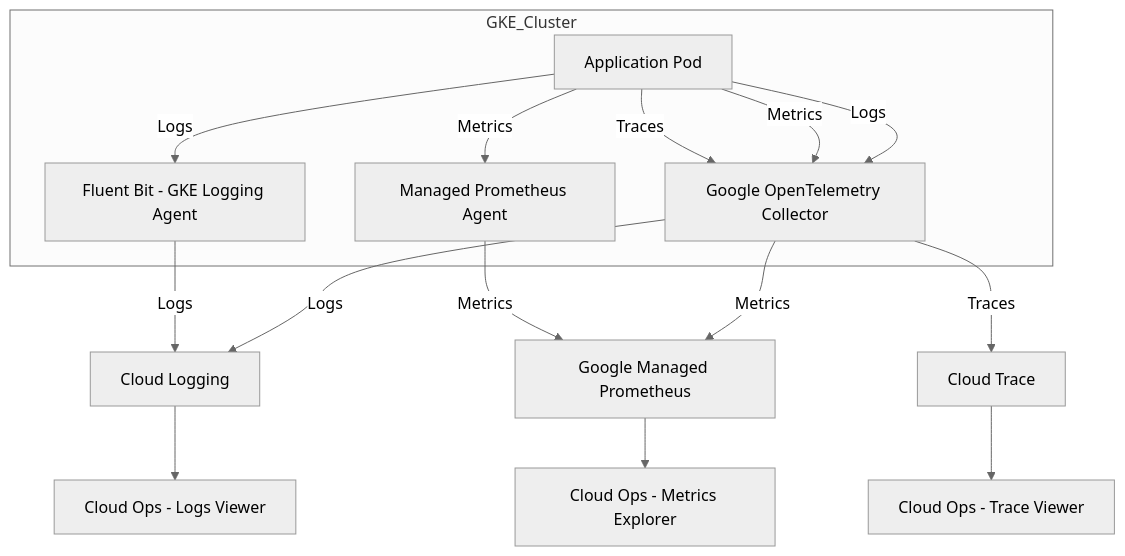
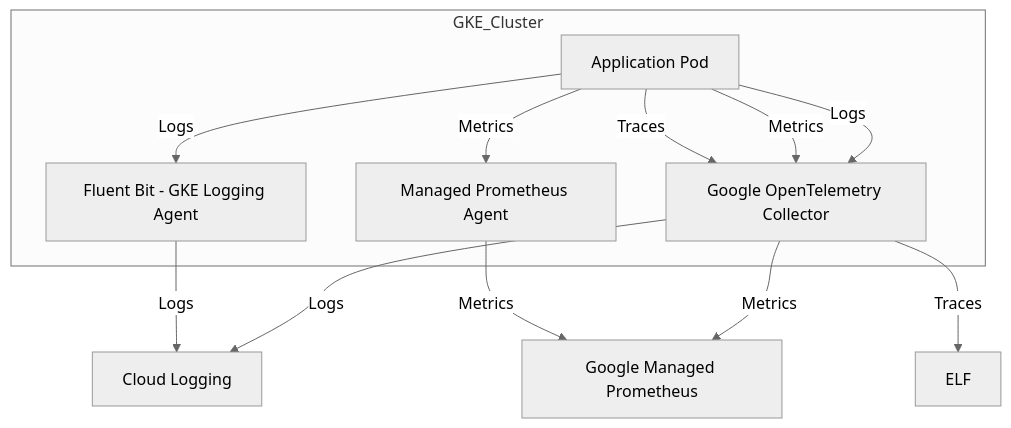
Before and after one commit to rajuvasupilli/test: the first of 5 diagrams in README.md, drawn with Mermaid (neutral theme).

````diff
--- a/README.md
+++ b/README.md
@@ -1,32 +1,28 @@
 ```mermaid
    graph TD
     subgraph GKE_Cluster
         App[Application Pod]
         FL[Fluent Bit - GKE Logging Agent]
         PromAgent[Managed Prometheus Agent]
         GOTC[Google OpenTelemetry Collector]
     end
 
     %% App telemetry sources
     App -->|Logs| FL
     App -->|Metrics| PromAgent
     App -->|Traces| GOTC
     App -->|Metrics| GOTC
     App -->|Logs| GOTC
 
     %% Fluent Bit path
     FL -->|Logs| CloudLogging[Cloud Logging]
 
     %% Prometheus path
     PromAgent -->|Metrics| GMP[Google Managed Prometheus]
 
     %% GOTC telemetry routing
-    GOTC -->|Traces| CloudTrace[Cloud Trace]
+    GOTC -->|Traces| ELF
     GOTC -->|Logs| CloudLogging
     GOTC -->|Metrics| GMP
 
-    %% Visualization layers
-    CloudLogging --> LogsViewer[Cloud Ops - Logs Viewer]
-    CloudTrace --> TraceViewer[Cloud Ops - Trace Viewer]
-    GMP --> MetricsViewer[Cloud Ops - Metrics Explorer]
 ```
````
